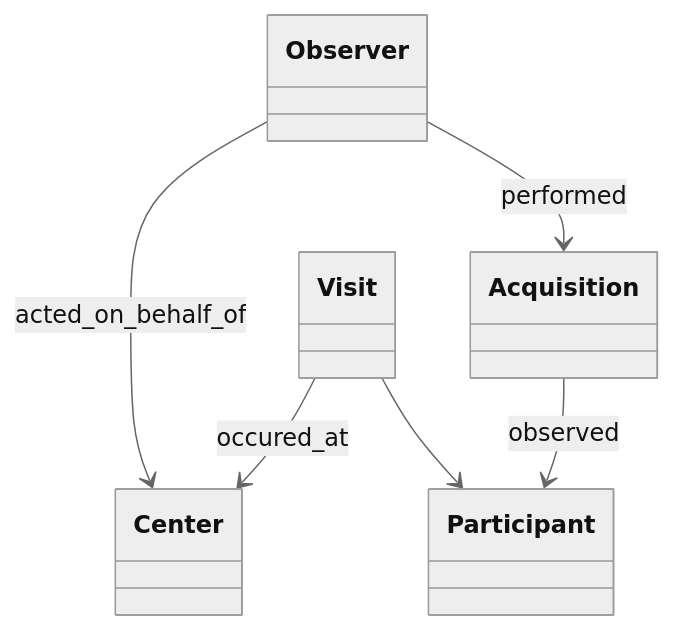
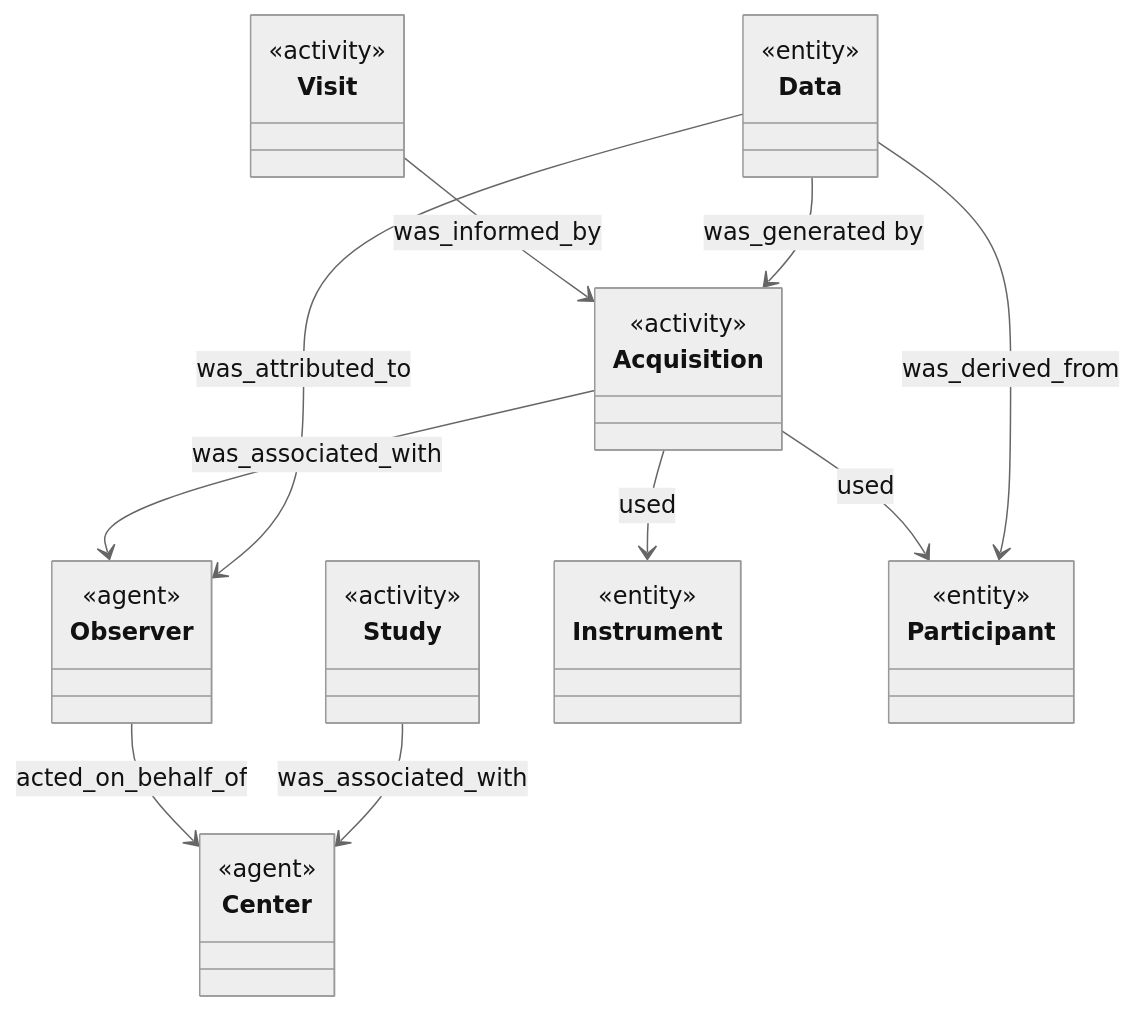
The second of 3 diagrams in docs/metadata.md (naccdata/data-collection), drawn with Mermaid (neutral theme) before and after one commit. The commit also changed other lines of this file, not shown here.

````diff
--- a/docs/metadata.md
+++ b/docs/metadata.md
@@ -54,8 +48,28 @@
 ```mermaid
 classDiagram
+    class Observer
+    <<agent>> Observer
+    class Center
+    <<agent>> Center
     Observer --> Center : acted_on_behalf_of
-    Observer --> Acquisition : performed
-    Visit --> Center : occured_at
-    Acquisition --> Participant : observed
-    Visit --> Participant
+    class Study
+    <<activity>> Study
+    Study --> Center : was_associated_with
+    class Acquisition
+    <<activity>> Acquisition
+    Acquisition -->  Observer: was_associated_with
+    class Instrument
+    <<entity>> Instrument
+    Acquisition --> Instrument : used
+    class Participant
+    <<entity>> Participant
+    Acquisition --> Participant: used
+    class Visit
+    <<activity>> Visit
+    Visit --> Acquisition: was_informed_by
+    class Data
+    <<entity>> Data
+    Data --> Acquisition: was_generated by
+    Data --> Observer: was_attributed_to
+    Data --> Participant: was_derived_from
 ```
````
